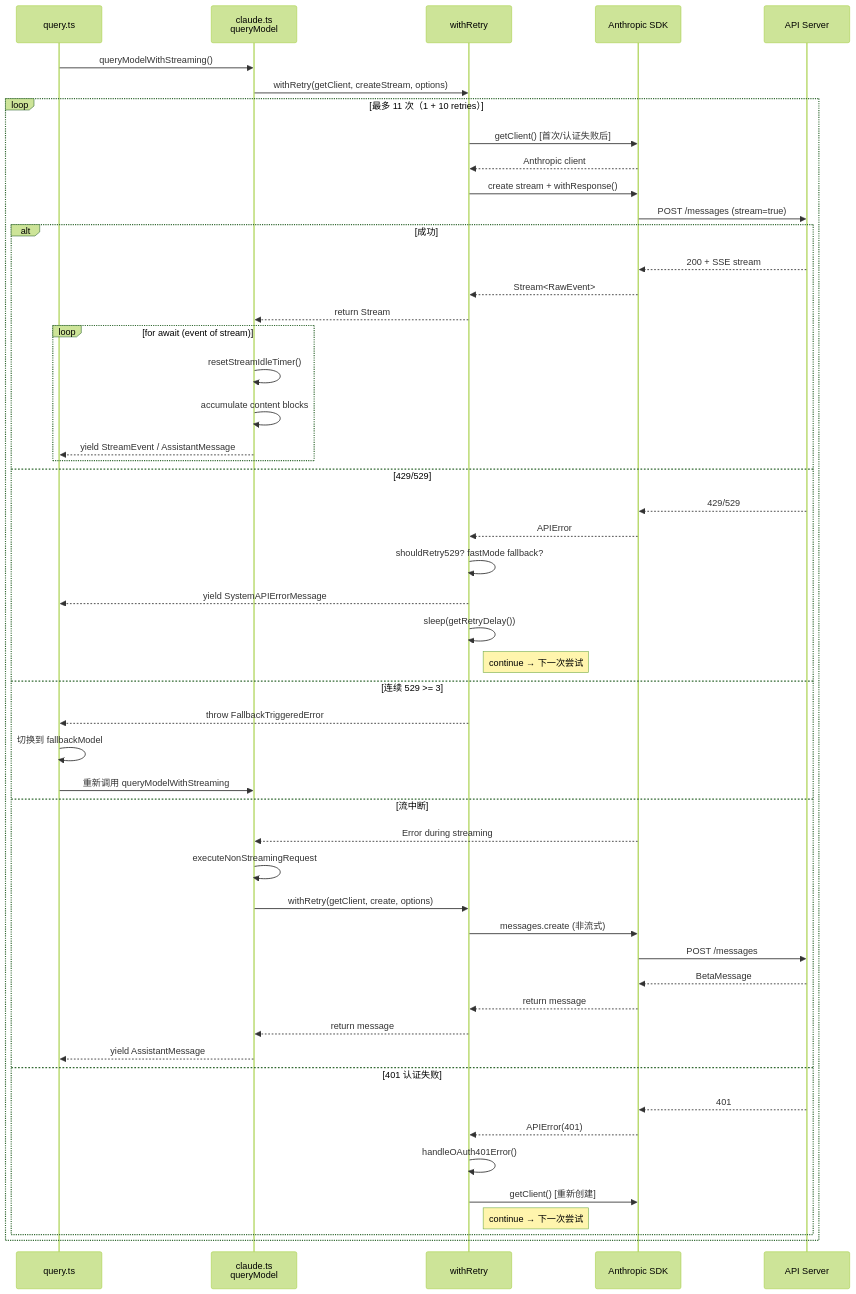
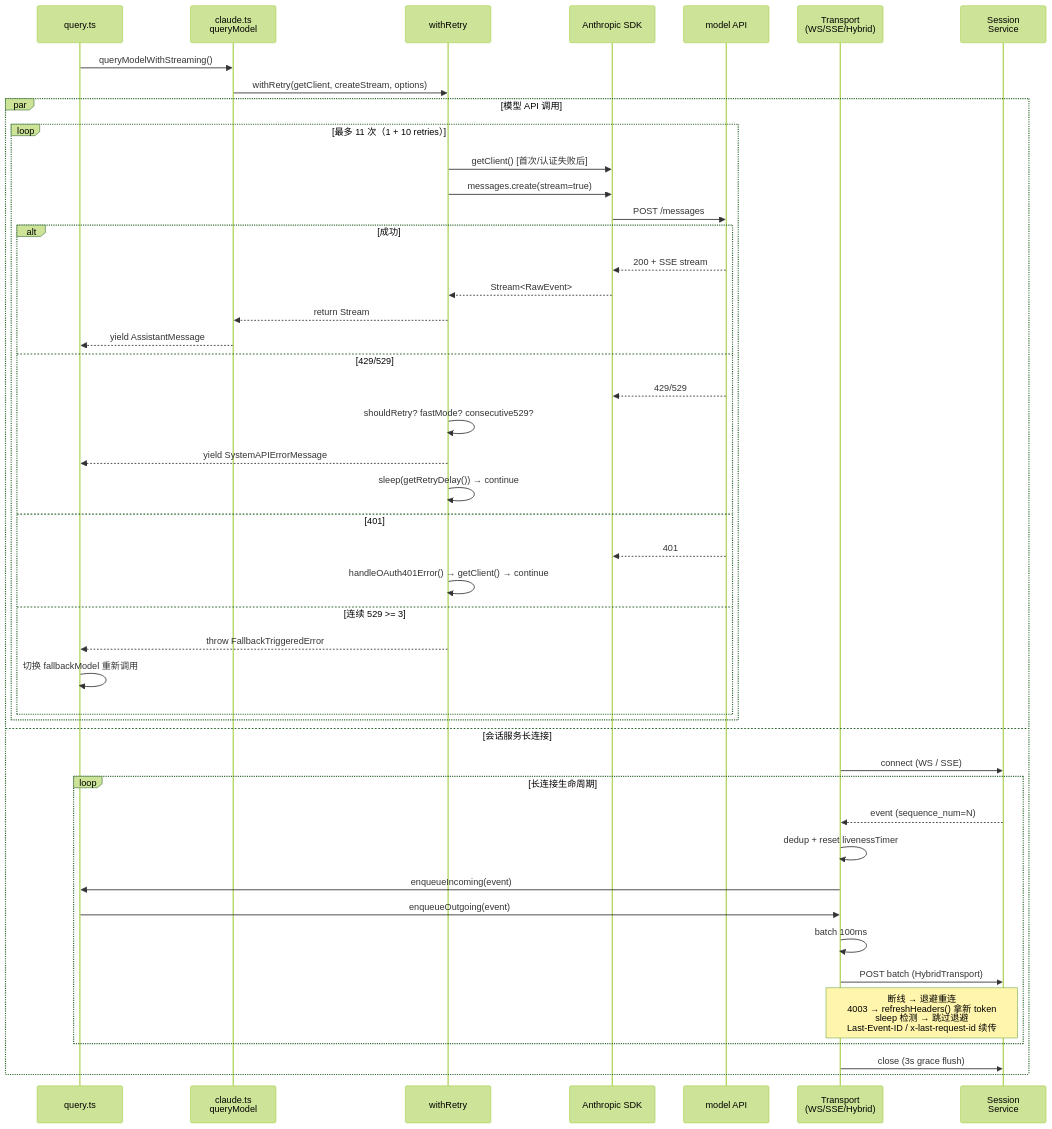
The second of 2 diagrams in docs/20-API调用与错误恢复.md (luyao618/Claude-Code-Source-Study), drawn with Mermaid (forest theme) before and after one commit. The commit also changed other lines of this file, not shown here.

````diff
--- a/docs/20-API调用与错误恢复.md
+++ b/docs/20-API调用与错误恢复.md
@@ -778,61 +850,50 @@
 ```mermaid
 sequenceDiagram
     participant Q as query.ts
     participant C as claude.ts<br/>queryModel
     participant R as withRetry
     participant SDK as Anthropic SDK
-    participant API as API Server
+    participant API as model API
+    participant T as Transport<br/>(WS/SSE/Hybrid)
+    participant S as Session<br/>Service
 
     Q->>C: queryModelWithStreaming()
     C->>R: withRetry(getClient, createStream, options)
 
-    loop 最多 11 次（1 + 10 retries）
-        R->>SDK: getClient() [首次/认证失败后]
-        SDK-->>R: Anthropic client
-        R->>SDK: create stream + withResponse()
-        SDK->>API: POST /messages (stream=true)
-
-        alt 成功
-            API-->>SDK: 200 + SSE stream
-            SDK-->>R: Stream<RawEvent>
-            R-->>C: return Stream
-
-            loop for await (event of stream)
-                C->>C: resetStreamIdleTimer()
-                C->>C: accumulate content blocks
-                C-->>Q: yield StreamEvent / AssistantMessage
+    par 模型 API 调用
+        loop 最多 11 次（1 + 10 retries）
+            R->>SDK: getClient() [首次/认证失败后]
+            R->>SDK: messages.create(stream=true)
+            SDK->>API: POST /messages
+            alt 成功
+                API-->>SDK: 200 + SSE stream
+                SDK-->>R: Stream<RawEvent>
+                R-->>C: return Stream
+                C-->>Q: yield AssistantMessage
+            else 429/529
+                API-->>SDK: 429/529
+                R->>R: shouldRetry? fastMode? consecutive529?
+                R-->>Q: yield SystemAPIErrorMessage
+                R->>R: sleep(getRetryDelay()) → continue
+            else 401
+                API-->>SDK: 401
+                R->>R: handleOAuth401Error() → getClient() → continue
+            else 连续 529 >= 3
+                R-->>Q: throw FallbackTriggeredError
+                Q->>Q: 切换 fallbackModel 重新调用
             end
-
-        else 429/529
-            API-->>SDK: 429/529
-            SDK-->>R: APIError
-            R->>R: shouldRetry529? fastMode fallback?
-            R-->>Q: yield SystemAPIErrorMessage
-            R->>R: sleep(getRetryDelay())
-            Note right of R: continue → 下一次尝试
-
-        else 连续 529 >= 3
-            R-->>Q: throw FallbackTriggeredError
-            Q->>Q: 切换到 fallbackModel
-            Q->>C: 重新调用 queryModelWithStreaming
-
-        else 流中断
-            SDK-->>C: Error during streaming
-            C->>C: executeNonStreamingRequest
-            C->>R: withRetry(getClient, create, options)
-            R->>SDK: messages.create (非流式)
-            SDK->>API: POST /messages
-            API-->>SDK: BetaMessage
-            SDK-->>R: return message
-            R-->>C: return message
-            C-->>Q: yield AssistantMessage
-
-        else 401 认证失败
-            API-->>SDK: 401
-            SDK-->>R: APIError(401)
-            R->>R: handleOAuth401Error()
-            R->>SDK: getClient() [重新创建]
-            Note right of R: continue → 下一次尝试
         end
+    and 会话服务长连接
+        T->>S: connect (WS / SSE)
+        loop 长连接生命周期
+            S-->>T: event (sequence_num=N)
+            T->>T: dedup + reset livenessTimer
+            T->>Q: enqueueIncoming(event)
+            Q->>T: enqueueOutgoing(event)
+            T->>T: batch 100ms
+            T->>S: POST batch (HybridTransport)
+            Note over T,S: 断线 → 退避重连<br/>4003 → refreshHeaders() 拿新 token<br/>sleep 检测 → 跳过退避<br/>Last-Event-ID / x-last-request-id 续传
+        end
+        T->>S: close (3s grace flush)
     end
 ```
````
